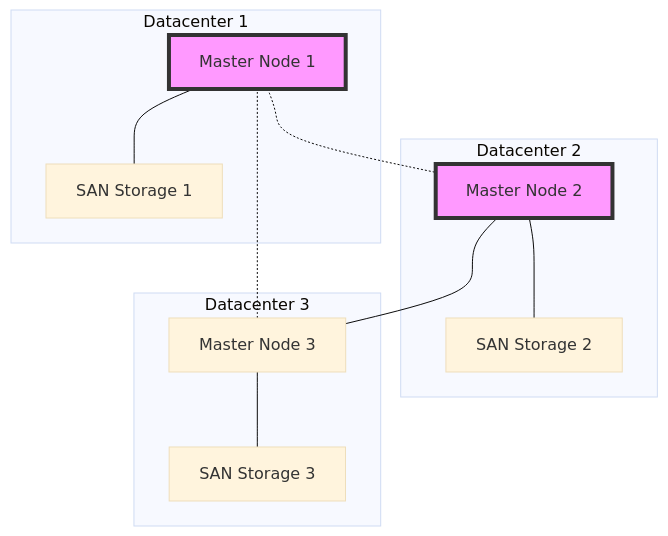
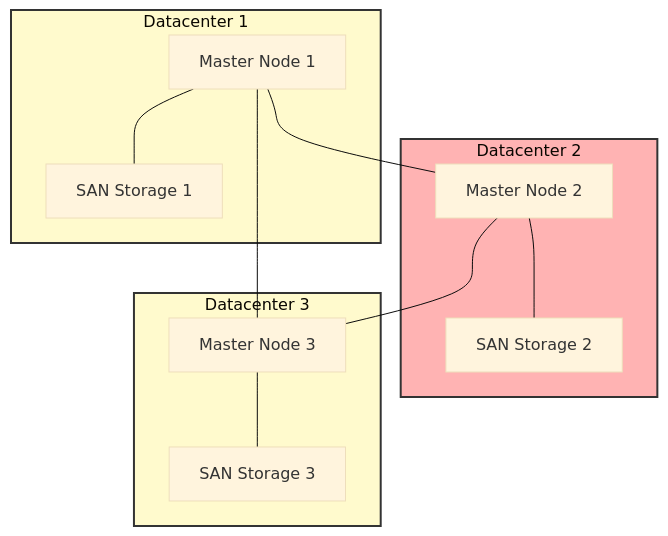
The third of 5 diagrams in README.md (zokahn/stretchy), drawn with Mermaid (base theme) before and after one commit. The commit also changed other lines of this file, not shown here.

````diff
--- a/README.md
+++ b/README.md
@@ -151,23 +111,29 @@
 ```mermaid
 graph TD
-    subgraph "Datacenter 1"
+    subgraph DC1["Datacenter 1"]
         A[Master Node 1]
         SAN1[SAN Storage 1]
     end
-    subgraph "Datacenter 2"
+
+    subgraph DC2["Datacenter 2"]
         B[Master Node 2]
         SAN2[SAN Storage 2]
     end
-    subgraph "Datacenter 3"
+
+    subgraph DC3["Datacenter 3"]
         C[Master Node 3]
         SAN3[SAN Storage 3]
     end
-    A -.- B
+
+    A --- B
     B --- C
-    C -.- A
+    C --- A
     A --- SAN1
     B --- SAN2
     C --- SAN3
-    style A fill:#f9f,stroke:#333,stroke-width:4px
-    style B fill:#f9f,stroke:#333,stroke-width:4px
+
+    %% Styling subgraphs by ID
+    style DC1 fill:#FFFACD,stroke:#333,stroke-width:2px
+    style DC2 fill:#FFB3B3,stroke:#333,stroke-width:2px
+    style DC3 fill:#FFFACD,stroke:#333,stroke-width:2px
 ```
````
